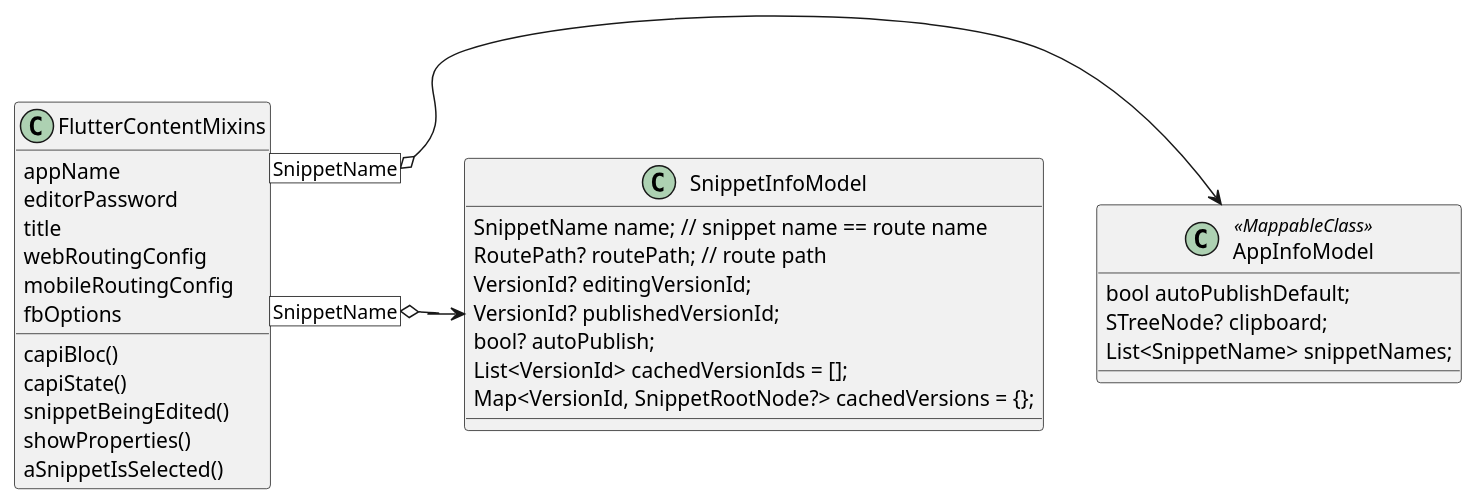
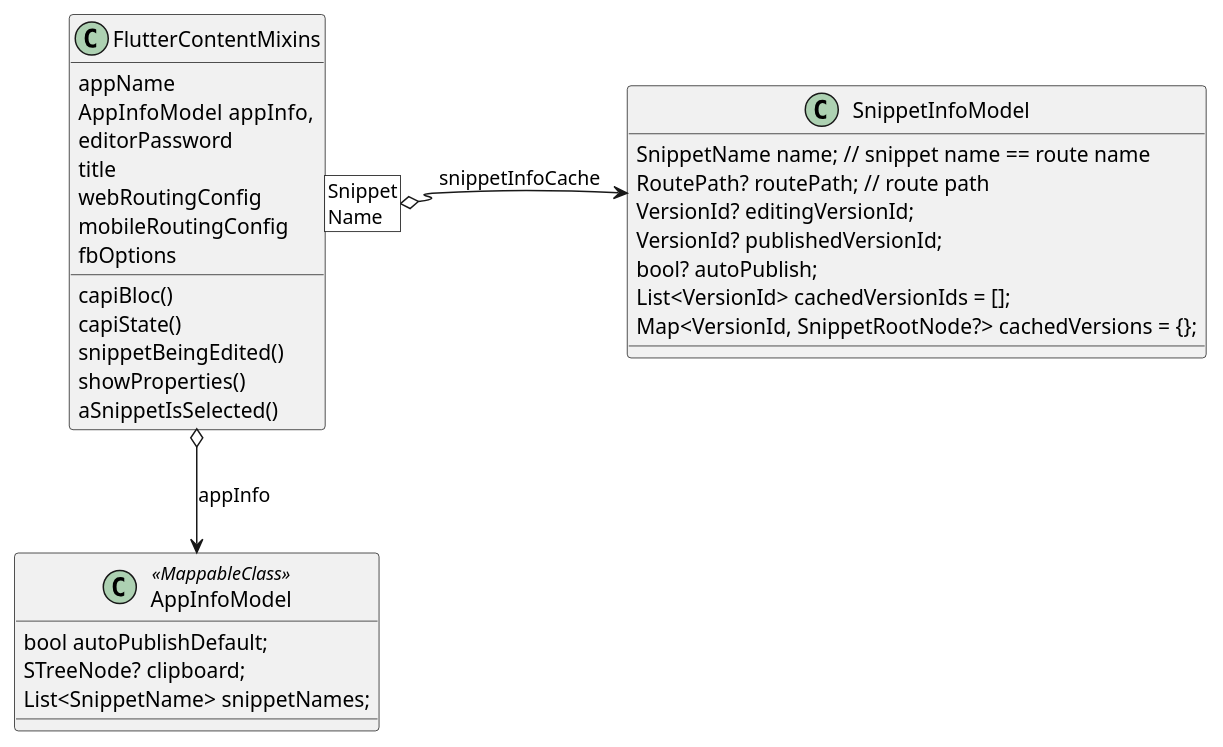
Before and after one commit to biancashouse/flutter_content: the diagram in lib/flutter_content_uml.puml, drawn with PlantUML. The commit also changed 36 other files, not shown here.

```diff
--- a/lib/flutter_content_uml.puml
+++ b/lib/flutter_content_uml.puml
@@ -1,39 +1,41 @@
 @startuml
 
 'https://plantuml.com/class-diagram
 
 class FlutterContentMixins {
     appName
+    AppInfoModel  appInfo,
     editorPassword
     title
     webRoutingConfig
     mobileRoutingConfig
     fbOptions
     capiBloc()
     capiState()
     snippetBeingEdited()
     showProperties()
     aSnippetIsSelected()
 }
 
 class AppInfoModel<<MappableClass>> {
     bool autoPublishDefault;
     STreeNode? clipboard;
     List<SnippetName> snippetNames;
 }
 
 class SnippetInfoModel {
     SnippetName name; // snippet name == route name
     RoutePath? routePath; // route path
     VersionId? editingVersionId;
     VersionId? publishedVersionId;
     bool? autoPublish;
     List<VersionId> cachedVersionIds = [];
     Map<VersionId, SnippetRootNode?> cachedVersions = {};
 }
 
-FlutterContentMixins [SnippetName] o-r--> AppInfoModel
-FlutterContentMixins [SnippetName] o-r--> SnippetInfoModel
+
+FlutterContentMixins o--> AppInfoModel : appInfo
+FlutterContentMixins [Snippet\nName] o-r-> SnippetInfoModel : snippetInfoCache
 
 
 @enduml
```
